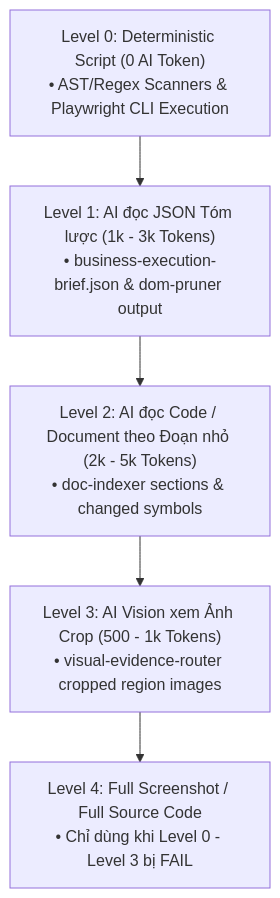
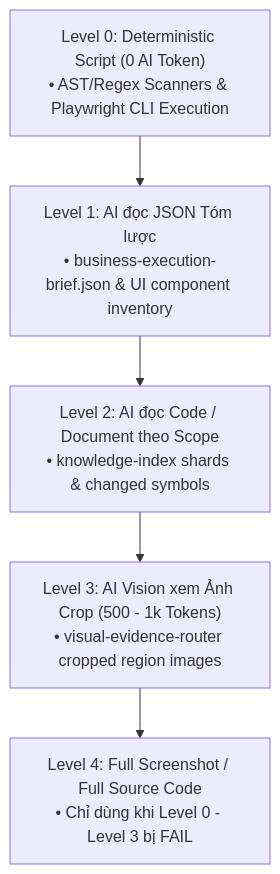
One commit to tqphong02/QA-skill changed the third of 3 diagrams in SKILL_FLOW_MAPPING.md. Above: the diagram before and after it, drawn with Mermaid. The commit also changed other lines of this file and 41 other files, not shown here.

````diff
--- a/SKILL_FLOW_MAPPING.md
+++ b/SKILL_FLOW_MAPPING.md
@@ -444,8 +442,8 @@
 ```mermaid
 flowchart TD
     L0["Level 0: Deterministic Script (0 AI Token)\n• AST/Regex Scanners & Playwright CLI Execution"] --> L1
-    L1["Level 1: AI đọc JSON Tóm lược (1k - 3k Tokens)\n• business-execution-brief.json & dom-pruner output"] --> L2
-    L2["Level 2: AI đọc Code / Document theo Đoạn nhỏ (2k - 5k Tokens)\n• doc-indexer sections & changed symbols"] --> L3
+    L1["Level 1: AI đọc JSON Tóm lược\n• business-execution-brief.json & UI component inventory"] --> L2
+    L2["Level 2: AI đọc Code / Document theo Scope\n• knowledge-index shards & changed symbols"] --> L3
     L3["Level 3: AI Vision xem Ảnh Crop (500 - 1k Tokens)\n• visual-evidence-router cropped region images"] --> L4
     L4["Level 4: Full Screenshot / Full Source Code\n• Chỉ dùng khi Level 0 - Level 3 bị FAIL"]
 ```
````
